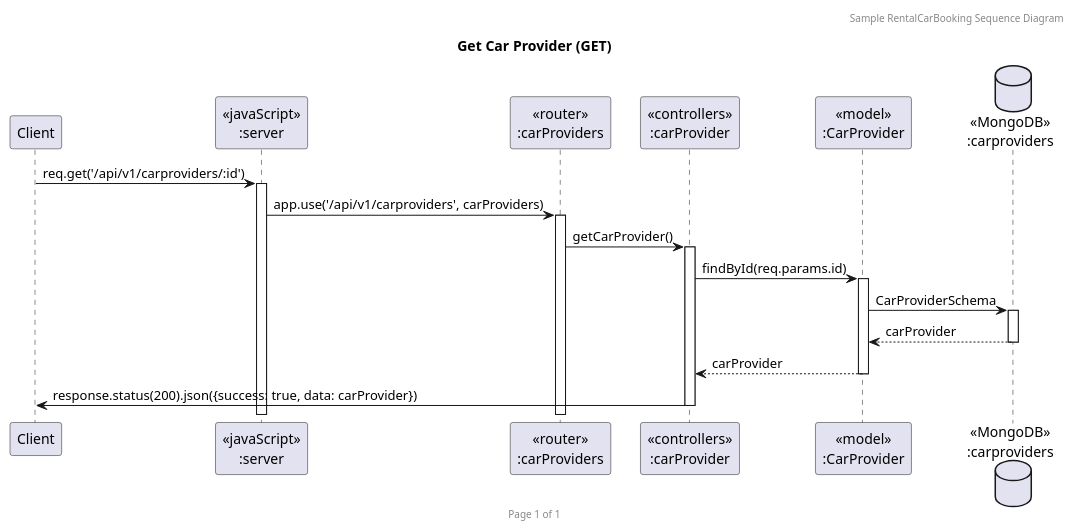
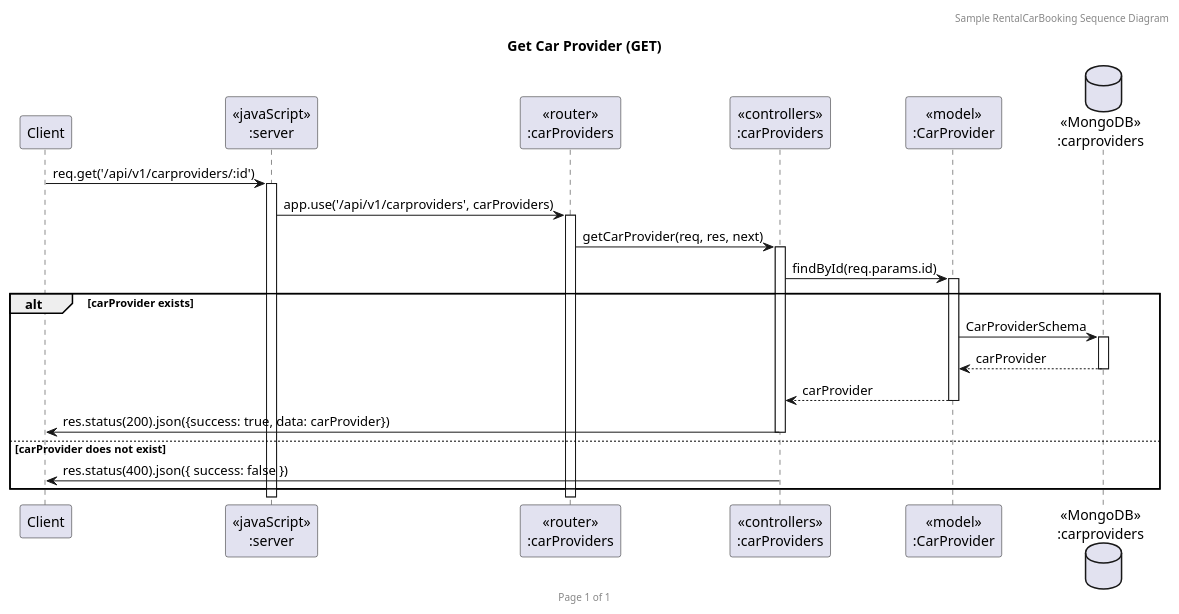
Before and after one commit to 2110503TACEDT66/presentation-day-1-yenkor: the diagram in UML/SequenceDiagram/CarProvider/getCarProvider.puml, drawn with PlantUML. The commit also changed 4 other files, not shown here.

Commit message:
Modify car provider sequence diagram

```diff
--- a/UML/SequenceDiagram/CarProvider/getCarProvider.puml
+++ b/UML/SequenceDiagram/CarProvider/getCarProvider.puml
@@ -1,23 +1,29 @@
 @startuml Get Car Provider (GET)
 
 header Sample RentalCarBooking Sequence Diagram
 footer Page %page% of %lastpage%
 title "Get Car Provider (GET)"
 
 participant "Client" as client
 participant "<<javaScript>>\n:server" as server
 participant "<<router>>\n:carProviders" as routerCarProvider
-participant "<<controllers>>\n:carProvider" as controllersCarProvider
+participant "<<controllers>>\n:carProviders" as controllersCarProvider
 participant "<<model>>\n:CarProvider" as modelCarProvider
 database "<<MongoDB>>\n:carproviders" as CarProviderDatabase
 
+
 client->server ++:req.get('/api/v1/carproviders/:id')
 server->routerCarProvider ++:app.use('/api/v1/carproviders', carProviders)
-routerCarProvider -> controllersCarProvider ++: getCarProvider()
+routerCarProvider -> controllersCarProvider ++: getCarProvider(req, res, next)
 controllersCarProvider->modelCarProvider ++: findById(req.params.id)
-modelCarProvider ->CarProviderDatabase ++: CarProviderSchema
-CarProviderDatabase --> modelCarProvider --: carProvider
-controllersCarProvider <-- modelCarProvider --: carProvider
-controllersCarProvider->client --: response.status(200).json({success: true, data: carProvider})
+
+alt carProvider exists
+  modelCarProvider ->CarProviderDatabase ++: CarProviderSchema
+  CarProviderDatabase --> modelCarProvider --: carProvider
+  controllersCarProvider <-- modelCarProvider --: carProvider
+  controllersCarProvider->client --: res.status(200).json({success: true, data: carProvider})
+else carProvider does not exist
+  controllersCarProvider->client --: res.status(400).json({ success: false })
+end
 
 @enduml
```
